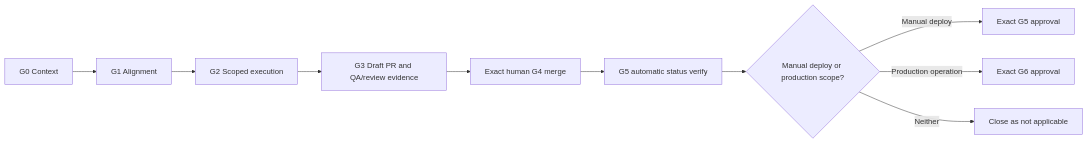
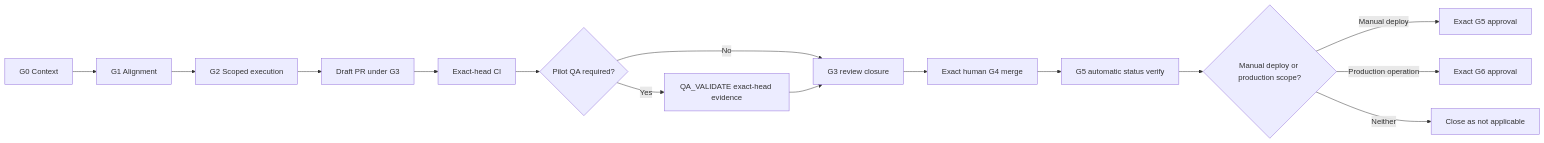
The diagram in docs/plan/distributed-multi-agent-sdlc/README.md (nhatnguyenquang1838-coder/gwc), drawn with Mermaid before and after one commit. The commit also changed other lines of this file, not shown here.

````diff
--- a/docs/plan/distributed-multi-agent-sdlc/README.md
+++ b/docs/plan/distributed-multi-agent-sdlc/README.md
@@ -48,12 +49,17 @@
 ```mermaid
 flowchart LR
   G0[G0 Context] --> G1[G1 Alignment]
   G1 --> G2[G2 Scoped execution]
-  G2 --> G3[G3 Draft PR and QA/review evidence]
+  G2 --> P[Draft PR under G3]
+  P --> CI[Exact-head CI]
+  CI --> Q{Pilot QA required?}
+  Q -- Yes --> QA[QA_VALIDATE exact-head evidence]
+  Q -- No --> G3[G3 review closure]
+  QA --> G3
   G3 --> G4[Exact human G4 merge]
   G4 --> G5[G5 automatic status verify]
   G5 --> M{Manual deploy or production scope?}
   M -- Manual deploy --> A[Exact G5 approval]
-  M -- Production operation --> P[Exact G6 approval]
+  M -- Production operation --> P6[Exact G6 approval]
   M -- Neither --> N[Close as not applicable]
 ```
````
